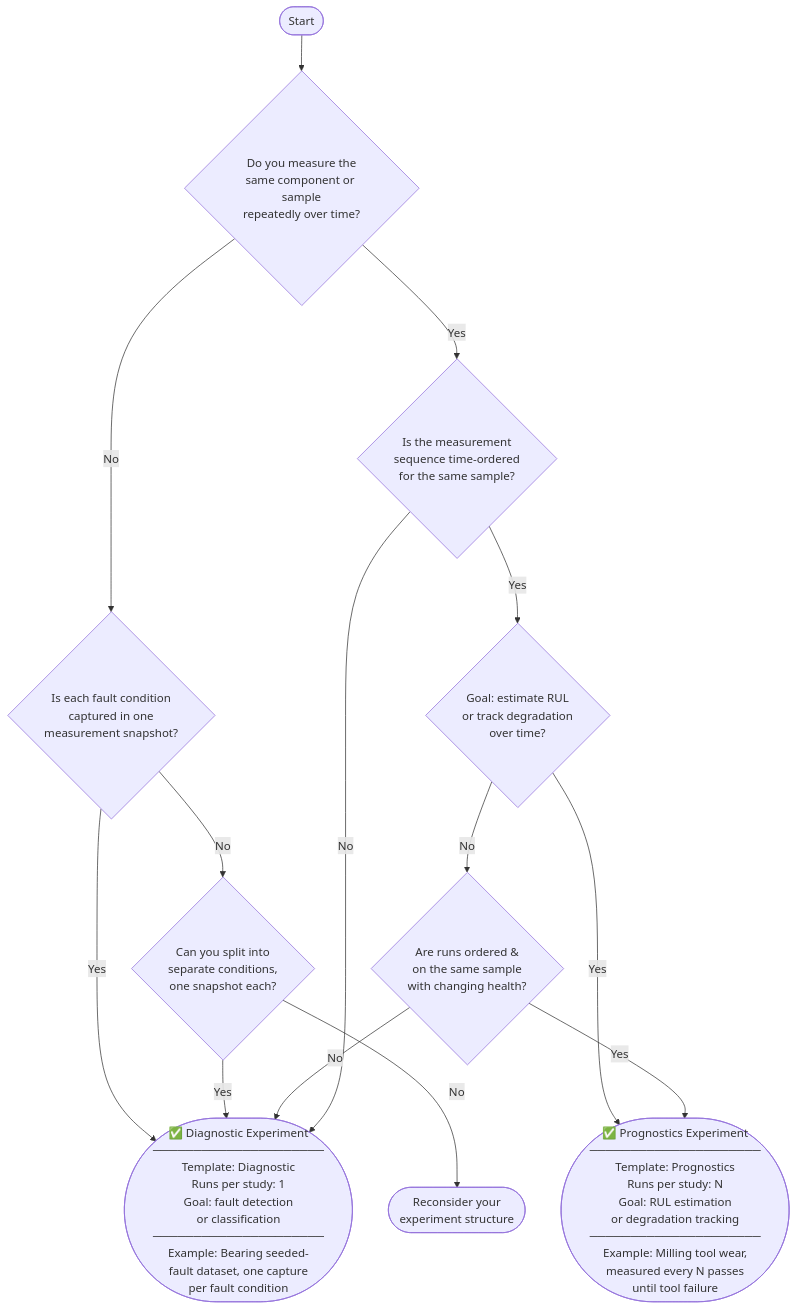
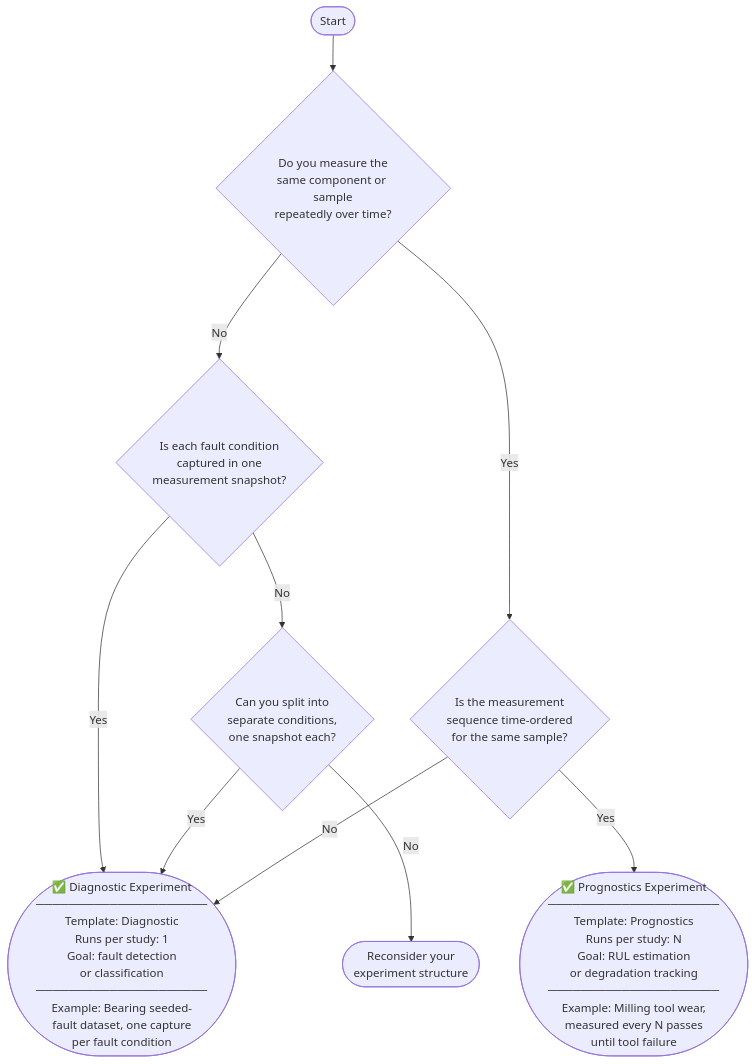
The diagram in docs/guides/GUIDE_CONCEPTS.md (NathanHouwaart/ISA-PHM-Wizard), drawn with Mermaid before and after one commit. The commit also changed other lines of this file and 1 other file, not shown here.

````diff
--- a/docs/guides/GUIDE_CONCEPTS.md
+++ b/docs/guides/GUIDE_CONCEPTS.md
@@ -151,23 +151,18 @@
 ```mermaid
 flowchart TD
     A([Start]) --> B{Do you measure the\nsame component or sample\nrepeatedly over time?}
 
     B -- No --> C{Is each fault condition\ncaptured in one\nmeasurement snapshot?}
     C -- Yes --> DIAG
     C -- No --> D{Can you split into\nseparate conditions,\none snapshot each?}
     D -- Yes --> DIAG
     D -- No --> RECONSIDER([Reconsider your\nexperiment structure])
 
     B -- Yes --> E{Is the measurement\nsequence time-ordered\nfor the same sample?}
-    E -- Yes --> F{Goal: estimate RUL\nor track degradation\nover time?}
-    F -- Yes --> PROG
-    F -- No --> G{Are runs ordered &\non the same sample\nwith changing health?}
-    G -- Yes --> PROG
-    G -- No --> DIAG
-
+    E -- Yes --> PROG
     E -- No --> DIAG
 
     DIAG(["✅ Diagnostic Experiment\n─────────────────────\nTemplate: Diagnostic\nRuns per study: 1\nGoal: fault detection\nor classification\n─────────────────────\nExample: Bearing seeded-\nfault dataset, one capture\nper fault condition"])
 
     PROG(["✅ Prognostics Experiment\n─────────────────────\nTemplate: Prognostics\nRuns per study: N\nGoal: RUL estimation\nor degradation tracking\n─────────────────────\nExample: Milling tool wear,\nmeasured every N passes\nuntil tool failure"])
 ```
````
